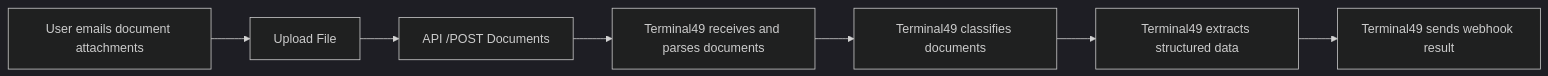
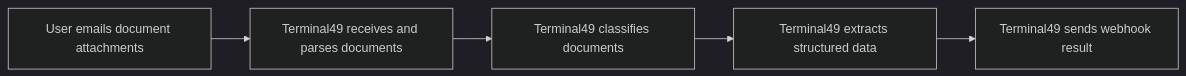
One commit to Terminal49/API changed the diagram in docs/api-docs/in-depth-guides/document-processing-workflows.mdx. Above: the diagram before and after it, drawn with Mermaid (dark theme). The commit also changed other lines of this file, not shown here.

First line of the commit message:
Update document-processing-workflows guide for Wayfair

````diff
--- a/docs/api-docs/in-depth-guides/document-processing-workflows.mdx
+++ b/docs/api-docs/in-depth-guides/document-processing-workflows.mdx
@@ -21,8 +39,7 @@
 ```mermaid
 flowchart LR
-    A[User emails document attachments] --> B[Upload File] --> C[API /POST Documents]
-    C --> D[Terminal49 receives and parses documents]
-    D --> E[Terminal49 classifies documents]
-    E --> F[Terminal49 extracts structured data]
-    F --> G[Terminal49 sends webhook result]
+    A[User emails document attachments] --> B[Terminal49 receives and parses documents]
+    B --> C[Terminal49 classifies documents]
+    C --> D[Terminal49 extracts structured data]
+    D --> E[Terminal49 sends webhook result]
 ```
````
